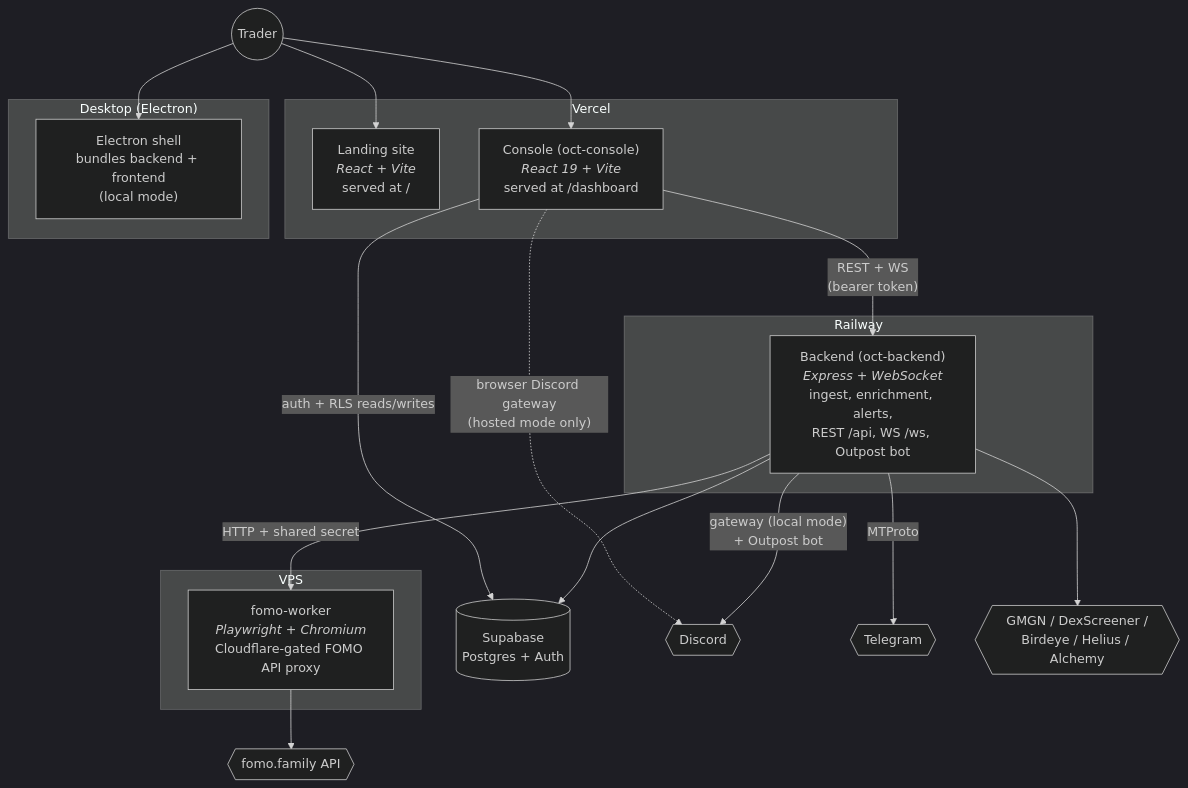
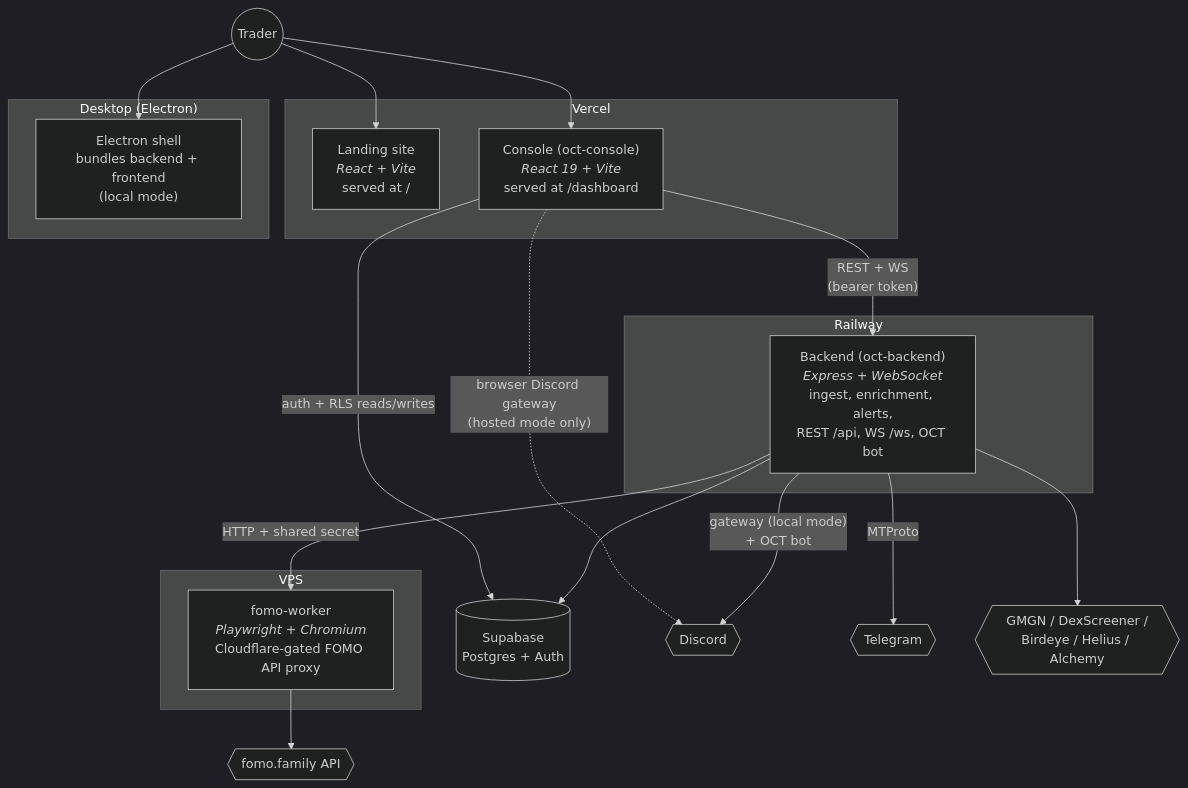
Before and after one commit to ArhamKhurram/Onchain-Tools: the second of 4 diagrams in docs/src/content/docs/architecture/overview.md, drawn with Mermaid (dark theme). The commit also changed other lines of this file and 28 other files, not shown here.

````diff
--- a/docs/src/content/docs/architecture/overview.md
+++ b/docs/src/content/docs/architecture/overview.md
@@ -41,40 +41,40 @@
 ```mermaid
 flowchart TB
   trader((Trader))
 
   subgraph vercel["Vercel"]
     landing["Landing site<br/><i>React + Vite</i><br/>served at /"]
     console["Console (oct-console)<br/><i>React 19 + Vite</i><br/>served at /dashboard"]
   end
 
   subgraph railway["Railway"]
-    backend["Backend (oct-backend)<br/><i>Express + WebSocket</i><br/>ingest, enrichment, alerts,<br/>REST /api, WS /ws, Outpost bot"]
+    backend["Backend (oct-backend)<br/><i>Express + WebSocket</i><br/>ingest, enrichment, alerts,<br/>REST /api, WS /ws, OCT bot"]
   end
 
   subgraph vps["VPS"]
     worker["fomo-worker<br/><i>Playwright + Chromium</i><br/>Cloudflare-gated FOMO API proxy"]
   end
 
   subgraph desktop["Desktop (Electron)"]
     shell["Electron shell<br/>bundles backend + frontend<br/>(local mode)"]
   end
 
   supabase[("Supabase<br/>Postgres + Auth")]
   discord{{"Discord"}}
   telegram{{"Telegram"}}
   fomoapi{{"fomo.family API"}}
   providers{{"GMGN / DexScreener /<br/>Birdeye / Helius / Alchemy"}}
 
   trader --> console
   trader --> landing
   trader --> shell
   console -- "REST + WS<br/>(bearer token)" --> backend
   console -- "auth + RLS reads/writes" --> supabase
   console -. "browser Discord gateway<br/>(hosted mode only)" .-> discord
   backend --> supabase
   backend -- "HTTP + shared secret" --> worker
   worker --> fomoapi
   backend --> providers
-  backend -- "gateway (local mode)<br/>+ Outpost bot" --> discord
+  backend -- "gateway (local mode)<br/>+ OCT bot" --> discord
   backend -- "MTProto" --> telegram
 ```
````
